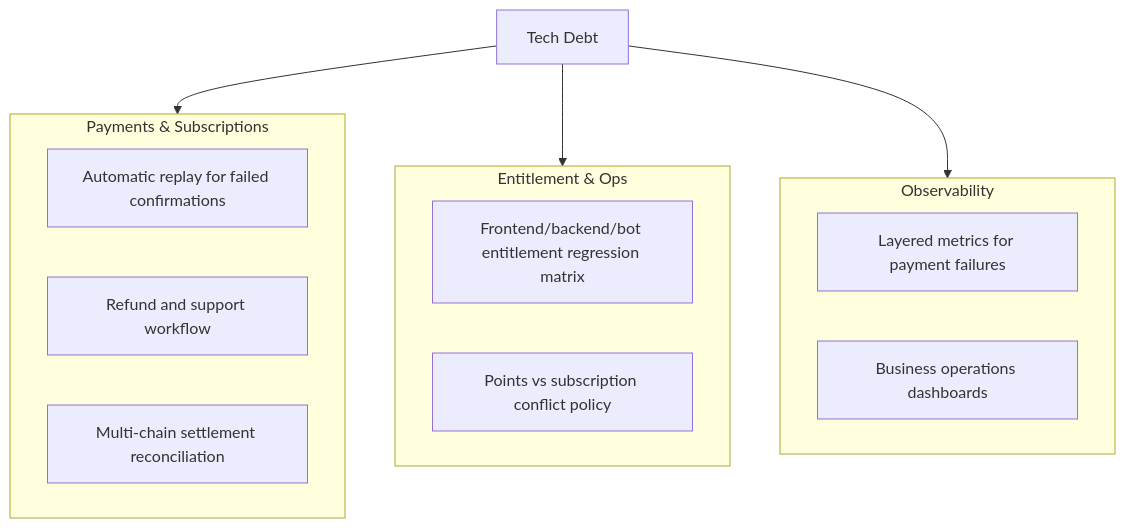
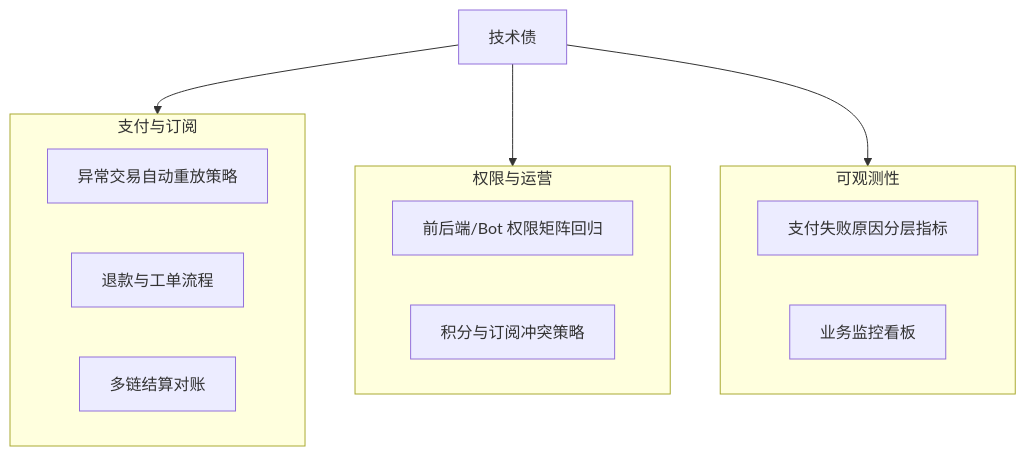
Before and after one commit to ivanmladek/PolyWeather: the diagram in docs/TECH_DEBT.md, drawn with Mermaid. The commit also changed other lines of this file and 3 other files, not shown here.

Commit message:
docs: Add new READMEs for extension and frontend, create tech debt document, and update Chinese README.

````diff
--- a/docs/TECH_DEBT.md
+++ b/docs/TECH_DEBT.md
@@ -11,24 +11,24 @@
 ```mermaid
 flowchart TD
-    A["Tech Debt"]
+    A["技术债"]
 
-    subgraph P["Payments & Subscriptions"]
-        P1["Automatic replay for failed confirmations"]
-        P2["Refund and support workflow"]
-        P3["Multi-chain settlement reconciliation"]
+    subgraph P["支付与订阅"]
+        P1["异常交易自动重放策略"]
+        P2["退款与工单流程"]
+        P3["多链结算对账"]
     end
 
-    subgraph E["Entitlement & Ops"]
-        E1["Frontend/backend/bot entitlement regression matrix"]
-        E2["Points vs subscription conflict policy"]
+    subgraph E["权限与运营"]
+        E1["前后端/Bot 权限矩阵回归"]
+        E2["积分与订阅冲突策略"]
     end
 
-    subgraph O["Observability"]
-        O1["Layered metrics for payment failures"]
-        O2["Business operations dashboards"]
+    subgraph O["可观测性"]
+        O1["支付失败原因分层指标"]
+        O2["业务监控看板"]
     end
 
     A --> P
     A --> E
     A --> O
 ```
````
